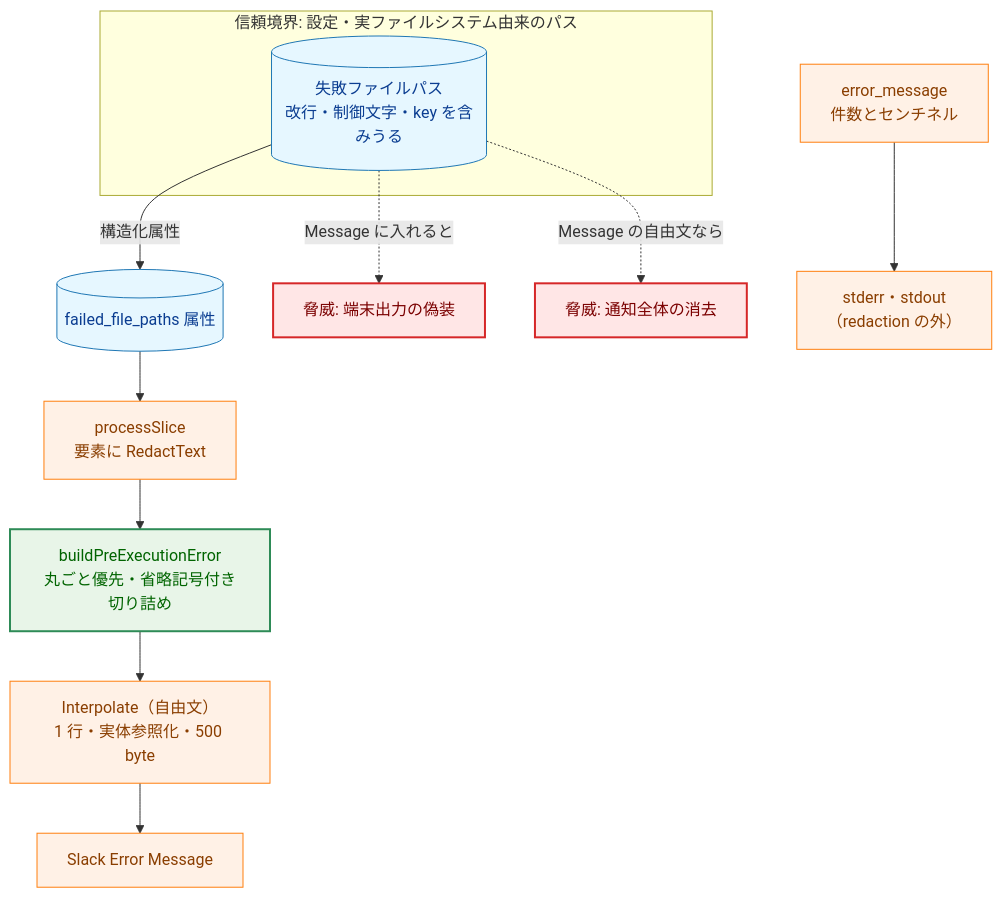
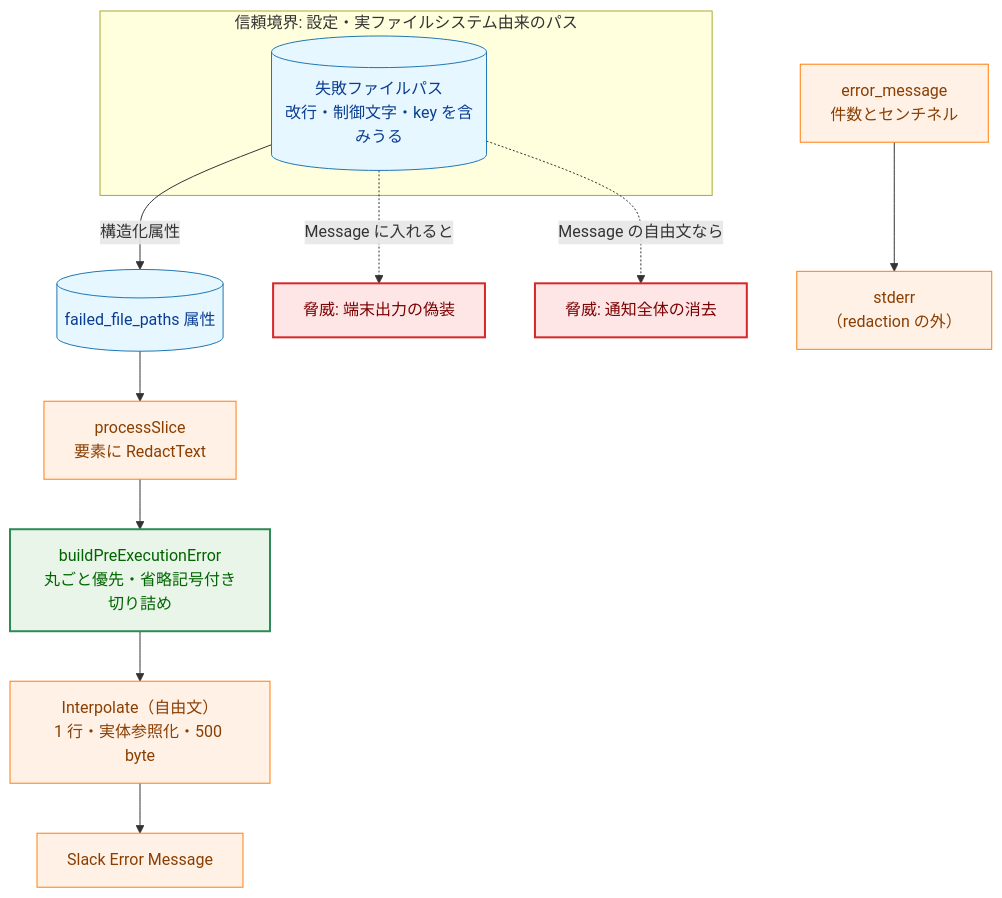
One commit to isseis/go-safe-cmd-runner changed the ninth of 10 diagrams in docs/tasks/0175_group_verification_error_failed_files/02_architecture.md. Above: the diagram before and after it, drawn with Mermaid. The commit also changed other lines of this file and 1 other file, not shown here.

````diff
--- a/docs/tasks/0175_group_verification_error_failed_files/02_architecture.md
+++ b/docs/tasks/0175_group_verification_error_failed_files/02_architecture.md
@@ -441,24 +441,24 @@
 ```mermaid
 flowchart TD
     classDef data fill:#e6f7ff,stroke:#1f77b4,stroke-width:1px,color:#0b3d91;
     classDef process fill:#fff1e6,stroke:#ff7f0e,stroke-width:1px,color:#8a3e00;
     classDef enhanced fill:#e8f5e8,stroke:#2e8b57,stroke-width:2px,color:#006400;
     classDef problem fill:#ffe6e6,stroke:#d62728,stroke-width:2px,color:#7b0000;
 
     subgraph SRC["信頼境界: 設定・実ファイルシステム由来のパス"]
         PATH[("失敗ファイルパス<br>改行・制御文字・key を含みうる")]
     end
     PATH -->|"構造化属性"| FF[("failed_file_paths 属性")]
     FF --> RED["processSlice<br>要素に RedactText"]
     RED --> BUILD["buildPreExecutionError<br>丸ごと優先・省略記号付き切り詰め"]
     BUILD --> INT["Interpolate（自由文）<br>1 行・実体参照化・500 byte"]
     INT --> SLACK["Slack Error Message"]
-    MSG["error_message<br>件数とセンチネル"] --> STDERR["stderr・stdout<br>（redaction の外）"]
+    MSG["error_message<br>件数とセンチネル"] --> STDERR["stderr<br>（redaction の外）"]
     PATH -.->|"Message に入れると"| T1["脅威: 端末出力の偽装"]
     PATH -.->|"Message の自由文なら"| T2["脅威: 通知全体の消去"]
 
     class PATH,FF data
     class MSG,STDERR,RED,INT,SLACK process
     class BUILD enhanced
     class T1,T2 problem
 ```
````
